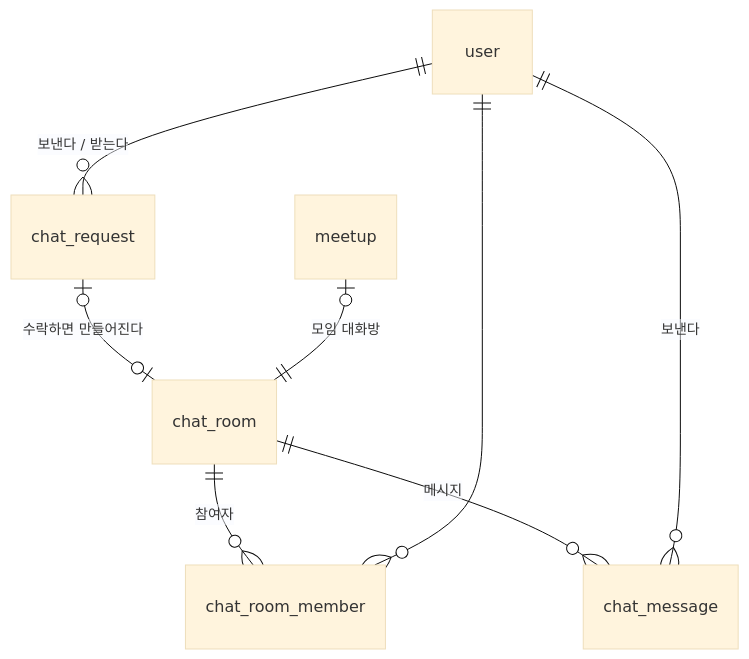
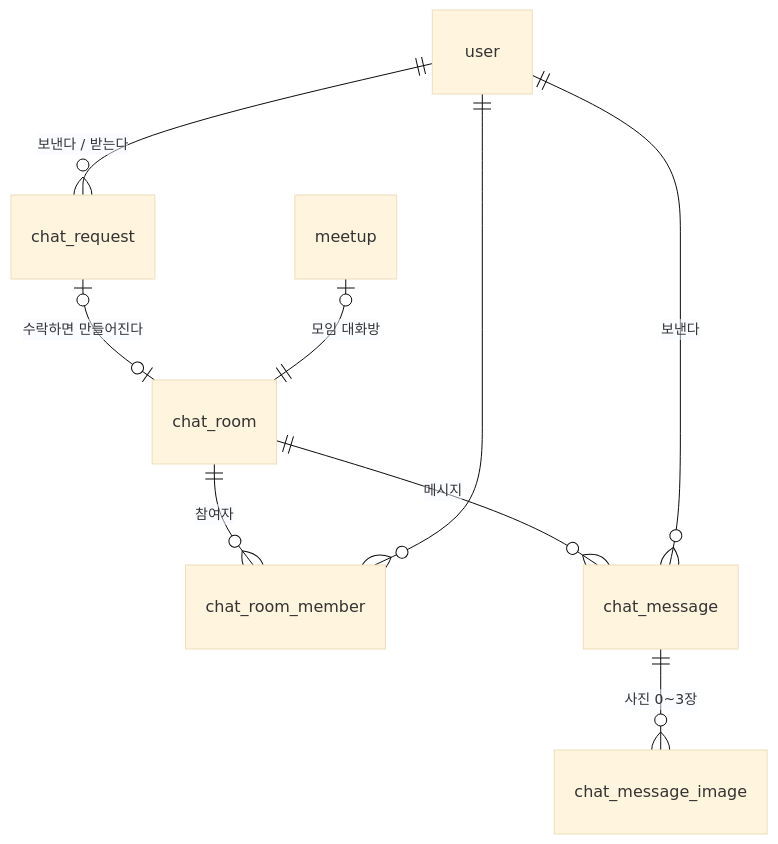
One commit to it-ting-team/it-ting changed the diagram in docs/db/chat.md. Above: the diagram before and after it, drawn with Mermaid (base theme). The commit also changed other lines of this file and 4 other files, not shown here.

````diff
--- a/docs/db/chat.md
+++ b/docs/db/chat.md
@@ -5,10 +5,11 @@
 ```mermaid
 erDiagram
     user ||--o{ chat_request : "보낸다 / 받는다"
     chat_request |o--o| chat_room : "수락하면 만들어진다"
     meetup |o--|| chat_room : "모임 대화방"
     chat_room ||--o{ chat_room_member : "참여자"
     user ||--o{ chat_room_member : ""
     chat_room ||--o{ chat_message : "메시지"
     user ||--o{ chat_message : "보낸다"
+    chat_message ||--o{ chat_message_image : "사진 0~3장"
 ```
````
